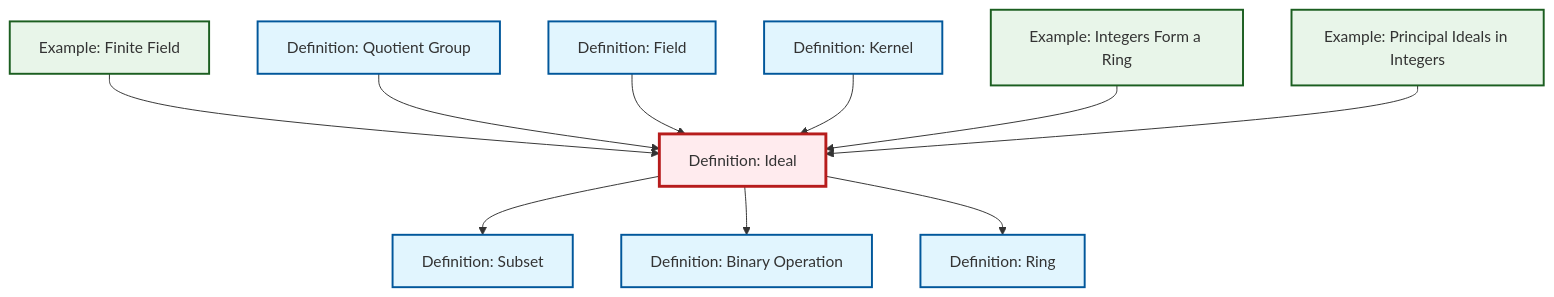
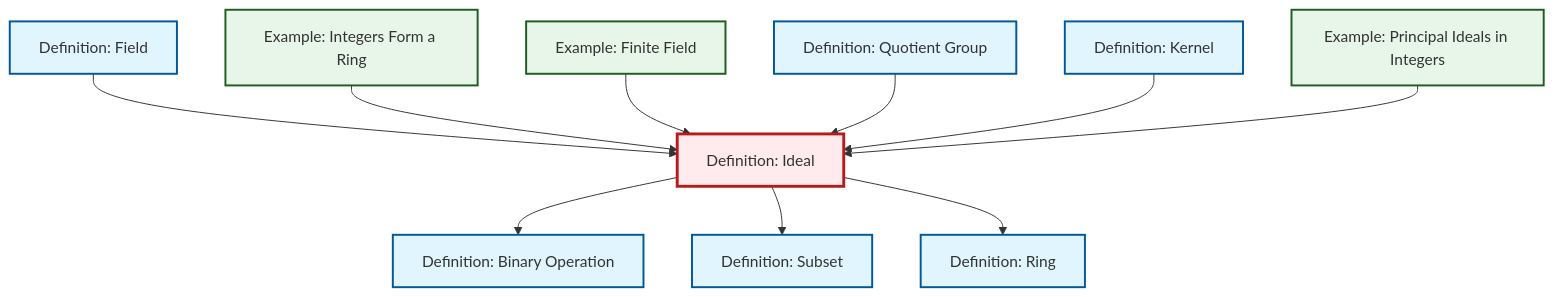
The diagram in content/en/algebra/def-ideal.qmd (RK0429/ModernMath), drawn with Mermaid before and after one commit. The commit also changed other lines of this file and 615 other files, not shown here.

````diff
--- a/content/en/algebra/def-ideal.qmd
+++ b/content/en/algebra/def-ideal.qmd
@@ -79,38 +79,38 @@
 ```{mermaid}
 %%| fig-cap: "Local dependency graph"
 graph TD
     classDef definition fill:#e1f5fe,stroke:#01579b,stroke-width:2px
     classDef theorem fill:#f3e5f5,stroke:#4a148c,stroke-width:2px
     classDef axiom fill:#fff3e0,stroke:#e65100,stroke-width:2px
     classDef example fill:#e8f5e9,stroke:#1b5e20,stroke-width:2px
     classDef current fill:#ffebee,stroke:#b71c1c,stroke-width:3px
+    def-kernel["Definition: Kernel"]:::definition
+    def-subset["Definition: Subset"]:::definition
     def-ideal["Definition: Ideal"]:::definition
+    def-binary-operation["Definition: Binary Operation"]:::definition
     def-field["Definition: Field"]:::definition
+    ex-integers-ring["Example: Integers Form a Ring"]:::example
+    def-ring["Definition: Ring"]:::definition
+    ex-finite-field["Example: Finite Field"]:::example
+    ex-principal-ideal["Example: Principal Ideals in Integers"]:::example
     def-quotient-group["Definition: Quotient Group"]:::definition
-    def-ring["Definition: Ring"]:::definition
-    ex-principal-ideal["Example: Principal Ideals in Integers"]:::example
-    def-kernel["Definition: Kernel"]:::definition
-    ex-integers-ring["Example: Integers Form a Ring"]:::example
-    ex-finite-field["Example: Finite Field"]:::example
-    def-subset["Definition: Subset"]:::definition
-    def-binary-operation["Definition: Binary Operation"]:::definition
+    def-field --> def-ideal
+    ex-integers-ring --> def-ideal
     ex-finite-field --> def-ideal
     def-quotient-group --> def-ideal
-    def-field --> def-ideal
     def-kernel --> def-ideal
-    ex-integers-ring --> def-ideal
+    def-ideal --> def-binary-operation
+    def-ideal --> def-subset
     ex-principal-ideal --> def-ideal
-    def-ideal --> def-subset
-    def-ideal --> def-binary-operation
     def-ideal --> def-ring
     class def-ideal current
-    click def-field "def-field.html" "Go to Field definition"
-    click def-quotient-group "def-quotient-group.html" "Go to Quotient Group definition"
-    click def-ring "def-ring.html" "Go to Ring definition"
-    click ex-principal-ideal "ex-principal-ideal.html" "Go to Principal Ideals in Integers example"
     click def-kernel "def-kernel.html" "Go to Kernel definition"
-    click ex-integers-ring "ex-integers-ring.html" "Go to Integers Form a Ring example"
-    click ex-finite-field "ex-finite-field.html" "Go to Finite Field example"
     click def-subset "def-subset.html" "Go to Subset definition"
     click def-binary-operation "def-binary-operation.html" "Go to Binary Operation definition"
+    click def-field "def-field.html" "Go to Field definition"
+    click ex-integers-ring "ex-integers-ring.html" "Go to Integers Form a Ring example"
+    click def-ring "def-ring.html" "Go to Ring definition"
+    click ex-finite-field "ex-finite-field.html" "Go to Finite Field example"
+    click ex-principal-ideal "ex-principal-ideal.html" "Go to Principal Ideals in Integers example"
+    click def-quotient-group "def-quotient-group.html" "Go to Quotient Group definition"
 ```
````
